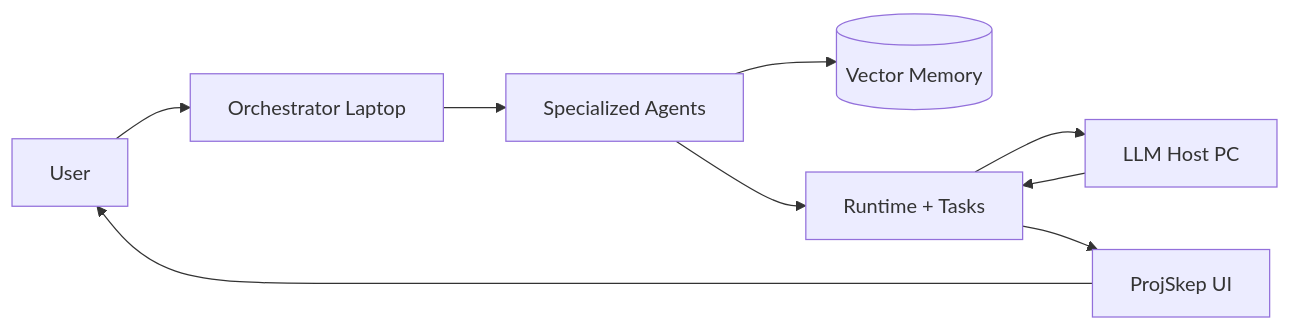
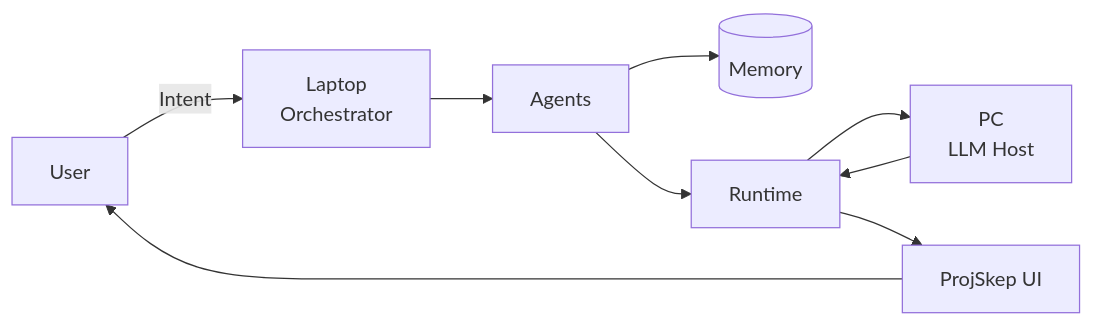
One commit to swappy-ops/baton changed the first of 3 diagrams in README.md. Above: the diagram before and after it, drawn with Mermaid. The commit also changed other lines of this file, not shown here.

````diff
--- a/README.md
+++ b/README.md
@@ -23,20 +29,20 @@
 ```mermaid
 flowchart LR
 
-Human[User]
-Laptop[Orchestrator Laptop]
-Memory[(Vector Memory)]
-Agents[Specialized Agents]
-PC[LLM Host PC]
+U[User]
+L[Laptop<br/>Orchestrator]
+A[Agents]
+M[(Memory)]
+R[Runtime]
+P[PC<br/>LLM Host]
 UI[ProjSkep UI]
-Runtime[Runtime + Tasks]
 
-Human --> Laptop
-Laptop --> Agents
-Agents --> Memory
-Agents --> Runtime
-Runtime --> PC
-PC --> Runtime
-Runtime --> UI
-UI --> Human
+U -->|Intent| L
+L --> A
+A --> M
+A --> R
+R --> P
+P --> R
+R --> UI
+UI --> U
 ```
````
